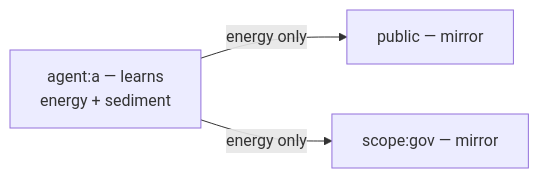
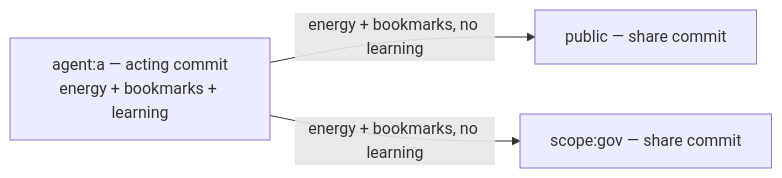
Before and after one commit to linqFR/ytn: the fifth of 5 diagrams in packages/osem-rag/docs/HOW-IT-WORKS.md, drawn with Mermaid. The commit also changed other lines of this file and 34 other files, not shown here.

````diff
--- a/packages/osem-rag/docs/HOW-IT-WORKS.md
+++ b/packages/osem-rag/docs/HOW-IT-WORKS.md
@@ -261,9 +234,9 @@
 ```mermaid
 flowchart LR
-    A["agent:a — learns<br/>energy + sediment"]
-    B["public — mirror"]
-    C["scope:gov — mirror"]
+    A["agent:a — acting commit<br/>energy + bookmarks + learning"]
+    B["public — share commit"]
+    C["scope:gov — share commit"]
 
-    A -->|energy only| B
-    A -->|energy only| C
+    A -->|energy + bookmarks, no learning| B
+    A -->|energy + bookmarks, no learning| C
 ```
````
